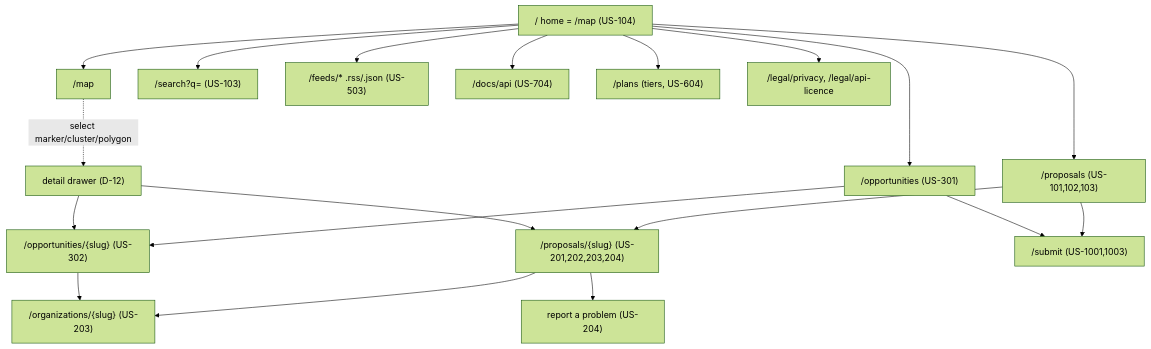
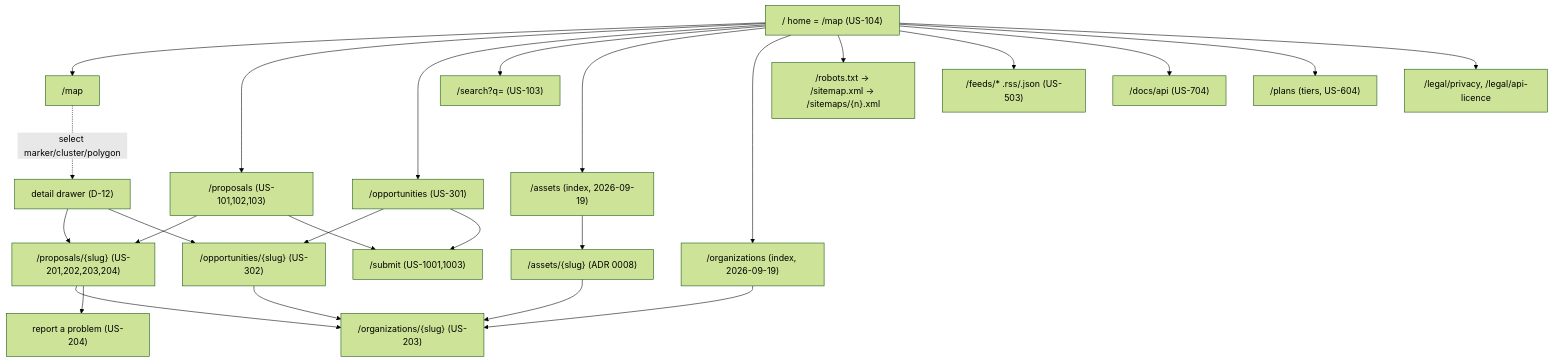
Before and after one commit to Tobombadil/Bankable: the first of 9 diagrams in docs/30-design-ia.md, drawn with Mermaid (forest theme). The commit also changed other lines of this file and 23 other files, not shown here.

````diff
--- a/docs/30-design-ia.md
+++ b/docs/30-design-ia.md
@@ -20,21 +20,27 @@
 ```mermaid
 flowchart TD
   H["/  home = /map (US-104)"] --> M["/map"]
   H --> P["/proposals (US-101,102,103)"]
   H --> O["/opportunities (US-301)"]
   H --> S["/search?q= (US-103)"]
+  H --> A["/assets (index, 2026-09-19)"]
+  H --> ORGS["/organizations (index, 2026-09-19)"]
   P --> PD["/proposals/{slug} (US-201,202,203,204)"]
   O --> OD["/opportunities/{slug} (US-302)"]
-  PD --> ORG["/organizations/{slug} (US-203)"]
+  A --> AD["/assets/{slug} (ADR 0008)"]
+  ORGS --> ORG["/organizations/{slug} (US-203)"]
+  PD --> ORG
   OD --> ORG
+  AD --> ORG
+  H --> RB["/robots.txt -> /sitemap.xml -> /sitemaps/{n}.xml"]
   M -.->|"select marker/cluster/polygon"| DR["detail drawer (D-12)"]
   DR --> PD
   DR --> OD
   H --> F["/feeds/* .rss/.json (US-503)"]
   H --> DOCS["/docs/api (US-704)"]
   H --> PLAN["/plans (tiers, US-604)"]
   H --> LEGAL["/legal/privacy, /legal/api-licence"]
   PD --> RPT["report a problem (US-204)"]
   P --> INT["/submit (US-1001,1003)"]
   O --> INT
 ```
````
